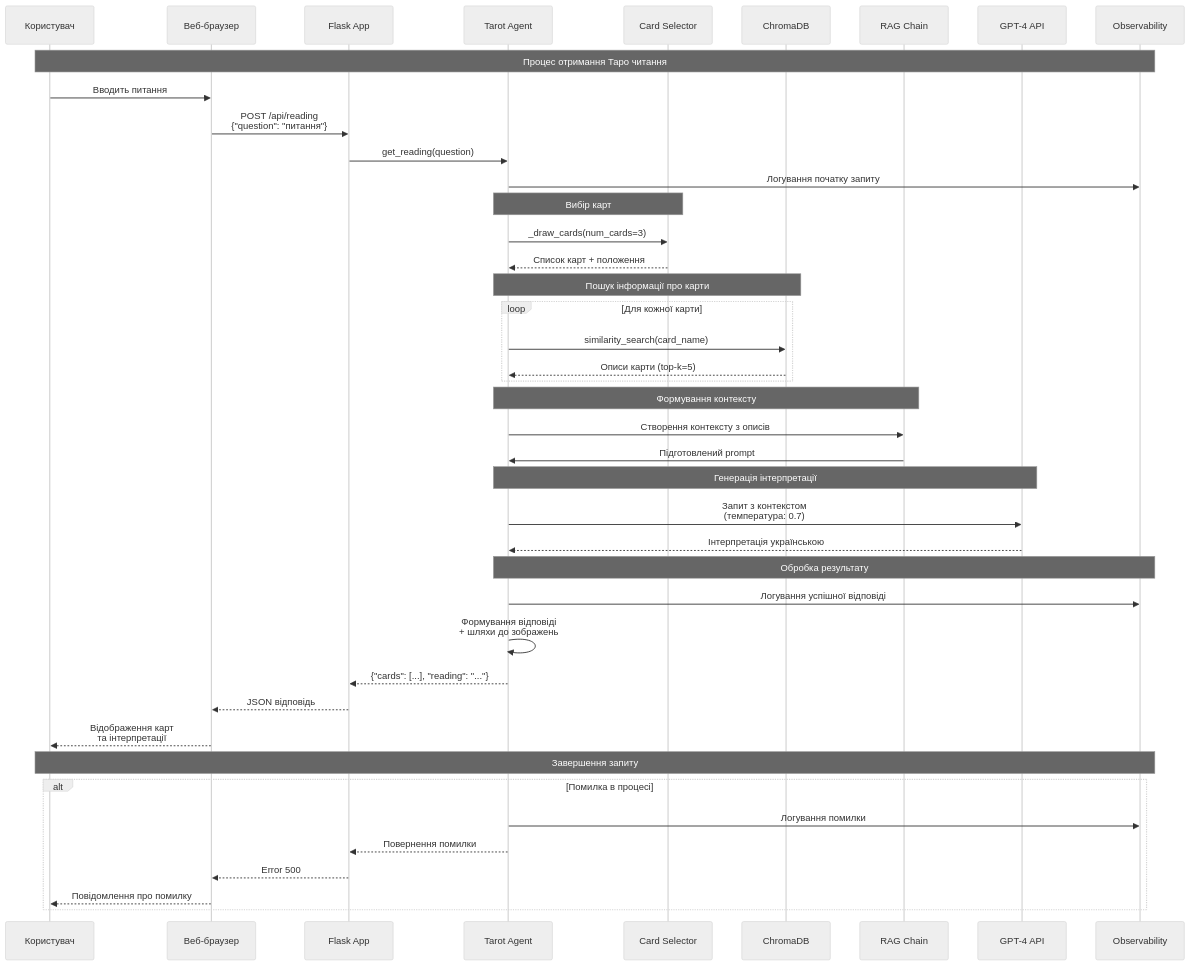
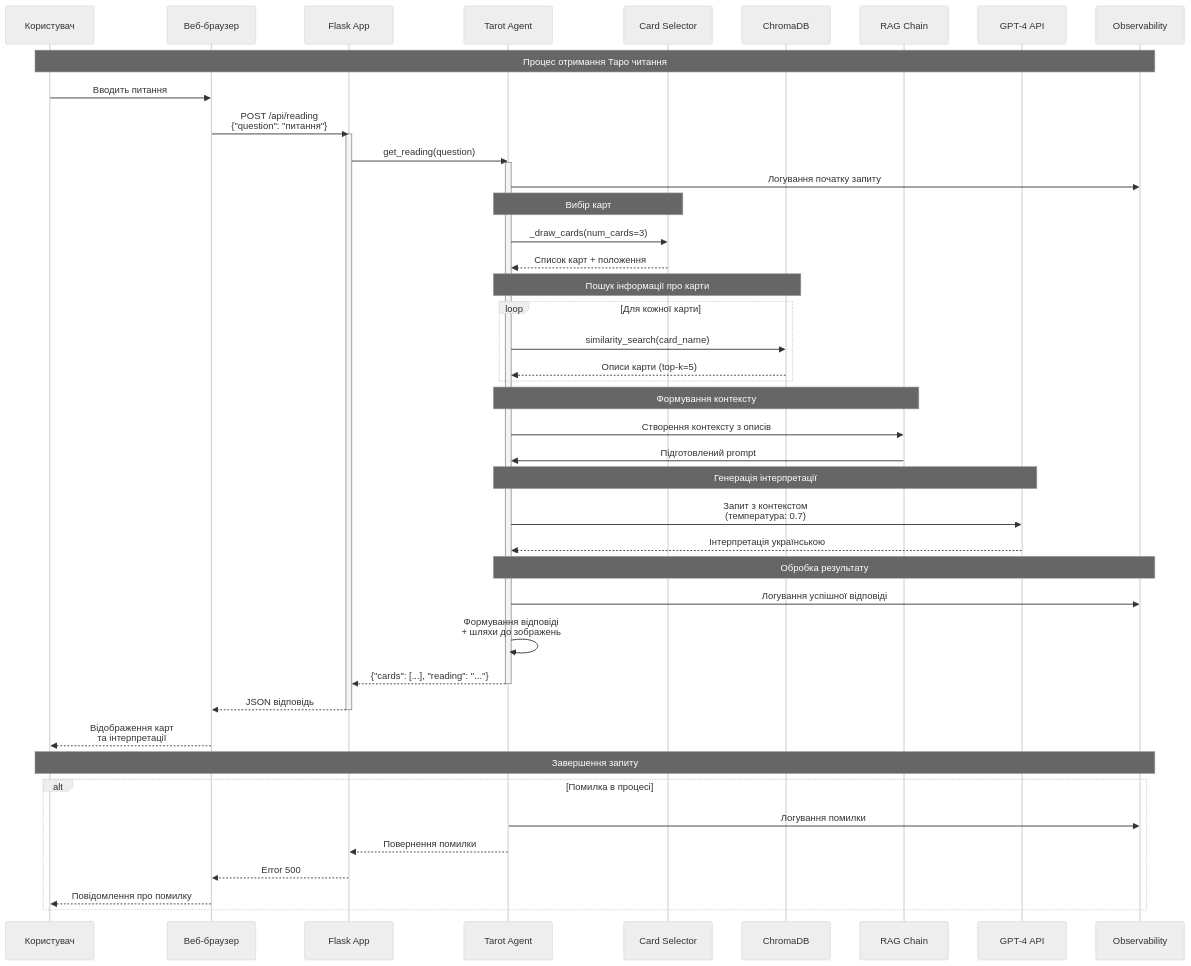
Before and after one commit to igorgorovoy/fwdays-hackaton-ai-agent-risk-assessment-system: the sixth of 7 diagrams in README.md, drawn with Mermaid (neutral theme). The commit also changed other lines of this file, not shown here.

Commit message:
add arch , hld. make more readable diagrams

````diff
--- a/README.md
+++ b/README.md
@@ -314,55 +352,59 @@
 ```mermaid
 sequenceDiagram
     participant User as Користувач
     participant Browser as Веб-браузер
     participant Flask as Flask App
     participant Agent as Tarot Agent
     participant Selector as Card Selector
     participant VectorDB as ChromaDB
     participant RAG as RAG Chain
     participant LLM as GPT-4 API
     participant Monitor as Observability
 
     Note over User,Monitor: Процес отримання Таро читання
 
     User->>Browser: Вводить питання
     Browser->>Flask: POST /api/reading<br/>{"question": "питання"}
+    activate Flask
     
     Flask->>Agent: get_reading(question)
+    activate Agent
     Agent->>Monitor: Логування початку запиту
     
     Note over Agent,Selector: Вибір карт
     Agent->>Selector: _draw_cards(num_cards=3)
     Selector-->>Agent: Список карт + положення
     
     Note over Agent,VectorDB: Пошук інформації про карти
     loop Для кожної карти
         Agent->>VectorDB: similarity_search(card_name)
         VectorDB-->>Agent: Описи карти (top-k=5)
     end
     
     Note over Agent,RAG: Формування контексту
     Agent->>RAG: Створення контексту з описів
     RAG->>Agent: Підготовлений prompt
     
     Note over Agent,LLM: Генерація інтерпретації
     Agent->>LLM: Запит з контекстом<br/>(температура: 0.7)
     LLM-->>Agent: Інтерпретація українською
     
     Note over Agent,Monitor: Обробка результату
     Agent->>Monitor: Логування успішної відповіді
     Agent->>Agent: Формування відповіді<br/>+ шляхи до зображень
     
     Agent-->>Flask: {"cards": [...], "reading": "..."}
+    deactivate Agent
     Flask-->>Browser: JSON відповідь
+    deactivate Flask
     Browser-->>User: Відображення карт<br/>та інтерпретації
     
     Note over User,Monitor: Завершення запиту
     
     alt Помилка в процесі
         Agent->>Monitor: Логування помилки
         Agent-->>Flask: Повернення помилки
         Flask-->>Browser: Error 500
         Browser-->>User: Повідомлення про помилку
     end
 ```
````
